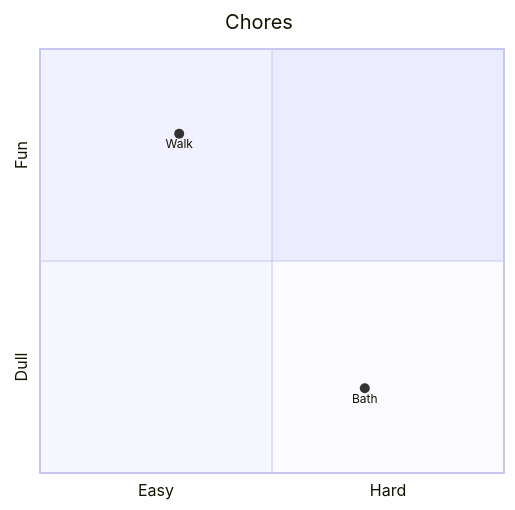
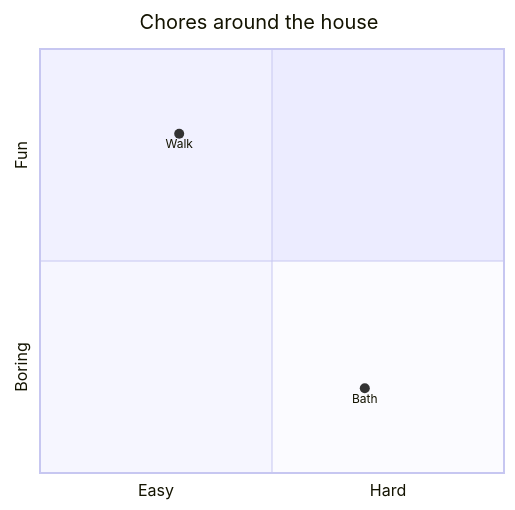
Diagram 12 of 15 in app/src-tauri/resources/guide/en/sample.md (rgdevment/Tisty), drawn with Mermaid before and after one commit. The commit also changed other lines of this file and 10 other files, not shown here.

````diff
--- a/app/src-tauri/resources/guide/en/sample.md
+++ b/app/src-tauri/resources/guide/en/sample.md
@@ -212,8 +634,8 @@
 ```mermaid
 quadrantChart
-  title Chores
+  title Chores around the house
   x-axis Easy --> Hard
-  y-axis Dull --> Fun
+  y-axis Boring --> Fun
   Walk: [0.3, 0.8]
   Bath: [0.7, 0.2]
 ```
````
